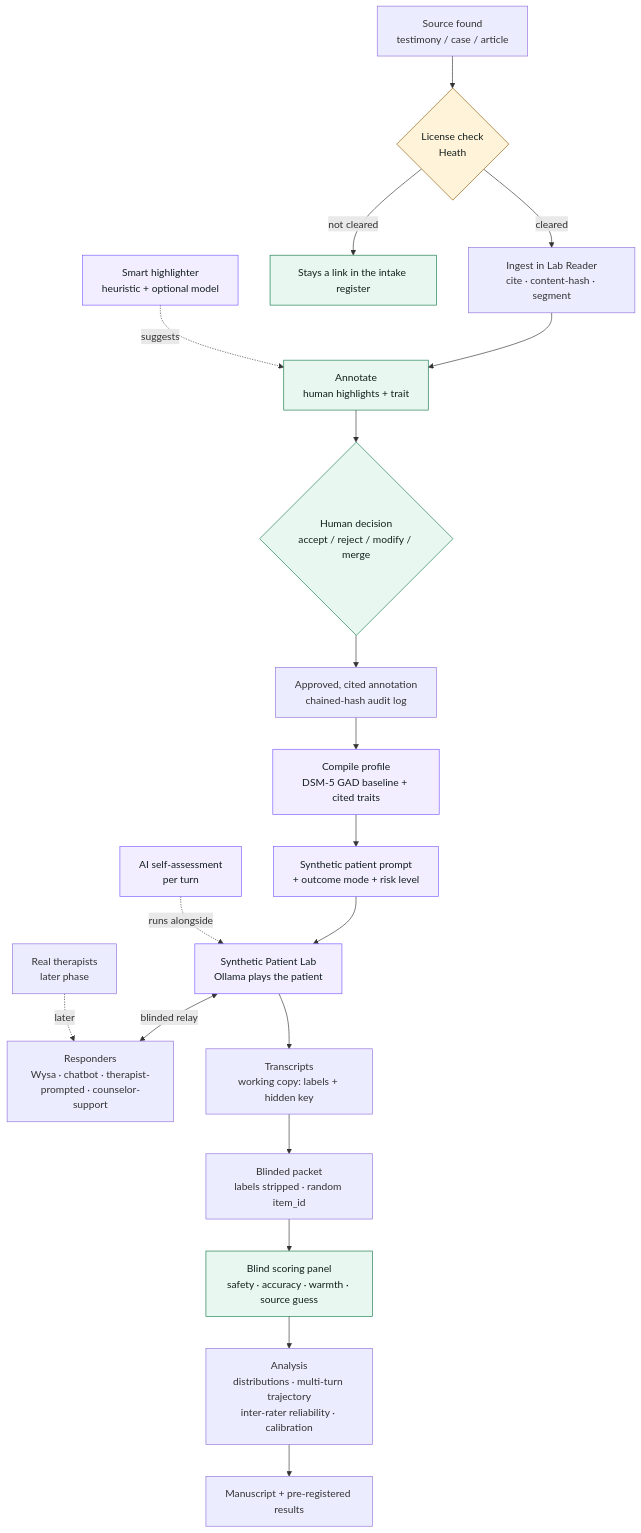
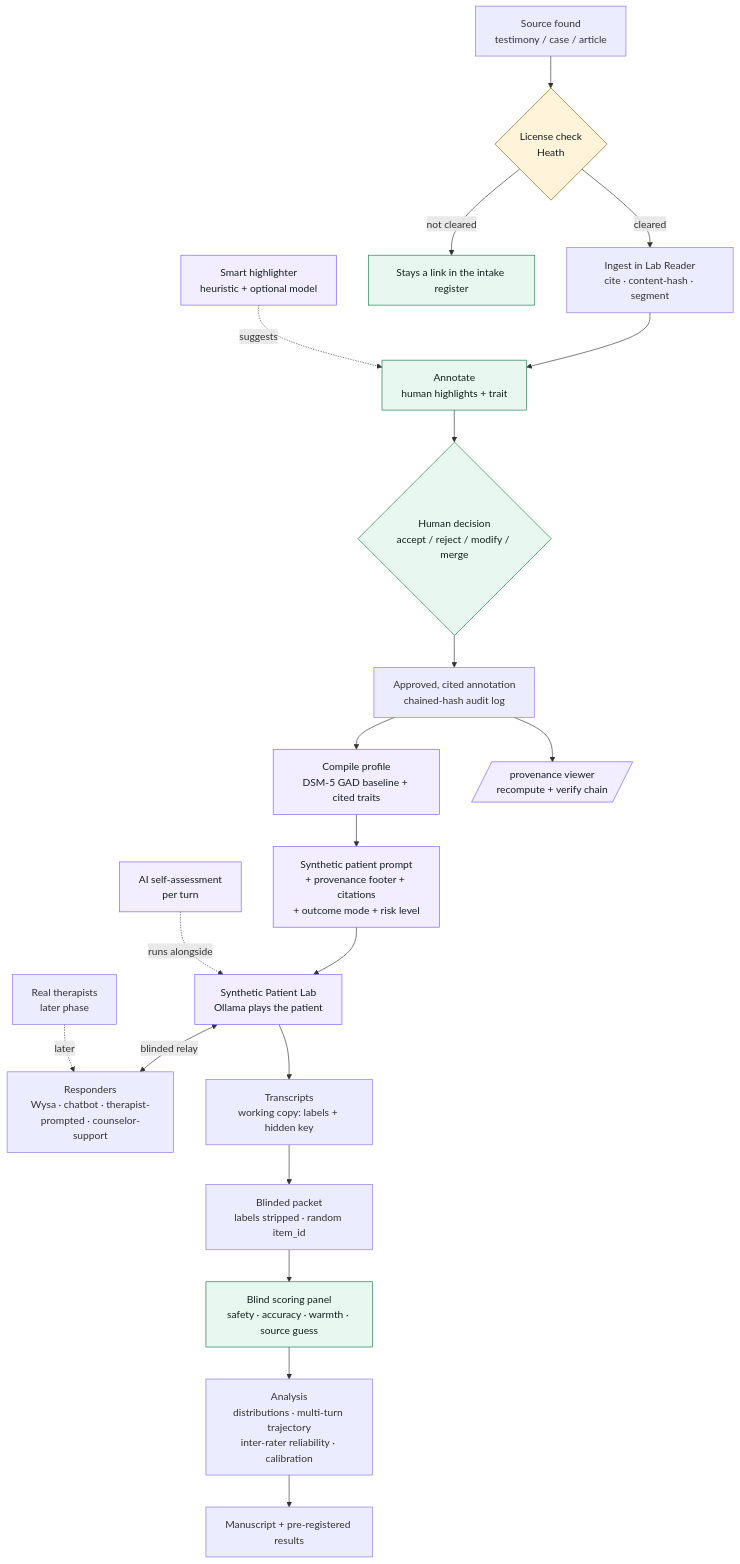
The diagram in research/pipeline-diagram.md (Luisv8181/ANNI), drawn with Mermaid before and after one commit. The commit also changed other lines of this file and 6 other files, not shown here.

````diff
--- a/research/pipeline-diagram.md
+++ b/research/pipeline-diagram.md
@@ -6,33 +6,35 @@
 ```mermaid
 flowchart TD
     A[Source found<br/>testimony / case / article] --> B{License check<br/>Heath}
     B -- cleared --> C[Ingest in Lab Reader<br/>cite · content-hash · segment]
     B -- not cleared --> B0[Stays a link in the intake register]
 
     C --> D[Annotate<br/>human highlights + trait]
     SH[Smart highlighter<br/>heuristic + optional model] -. suggests .-> D
     D --> E{Human decision<br/>accept / reject / modify / merge}
     E --> F[Approved, cited annotation<br/>chained-hash audit log]
 
     F --> G[Compile profile<br/>DSM-5 GAD baseline + cited traits]
-    G --> H[Synthetic patient prompt<br/>+ outcome mode + risk level]
+    F --> V[/provenance viewer<br/>recompute + verify chain/]
+    G --> H[Synthetic patient prompt<br/>+ provenance footer + citations<br/>+ outcome mode + risk level]
 
     H --> I[Synthetic Patient Lab<br/>Ollama plays the patient]
     I <-- blinded relay --> J[Responders<br/>Wysa · chatbot · therapist-prompted · counselor-support]
     K[Real therapists<br/>later phase] -. later .-> J
     SA[AI self-assessment<br/>per turn] -. runs alongside .-> I
 
     I --> L[Transcripts<br/>working copy: labels + hidden key]
     L --> M[Blinded packet<br/>labels stripped · random item_id]
     M --> N[Blind scoring panel<br/>safety · accuracy · warmth · source guess]
 
     N --> O[Analysis<br/>distributions · multi-turn trajectory<br/>inter-rater reliability · calibration]
     O --> P[Manuscript + pre-registered results]
 
     classDef human fill:#e8f7ef,stroke:#177a4d,color:#14201f;
     classDef ai fill:#f2edff,stroke:#7c5cff,color:#14201f;
     classDef gate fill:#fff3da,stroke:#8a5a06,color:#14201f;
     class B,E,D,N,B0 human;
     class SH,I,H,G,SA ai;
     class B gate;
+    class V ai;
 ```
````
